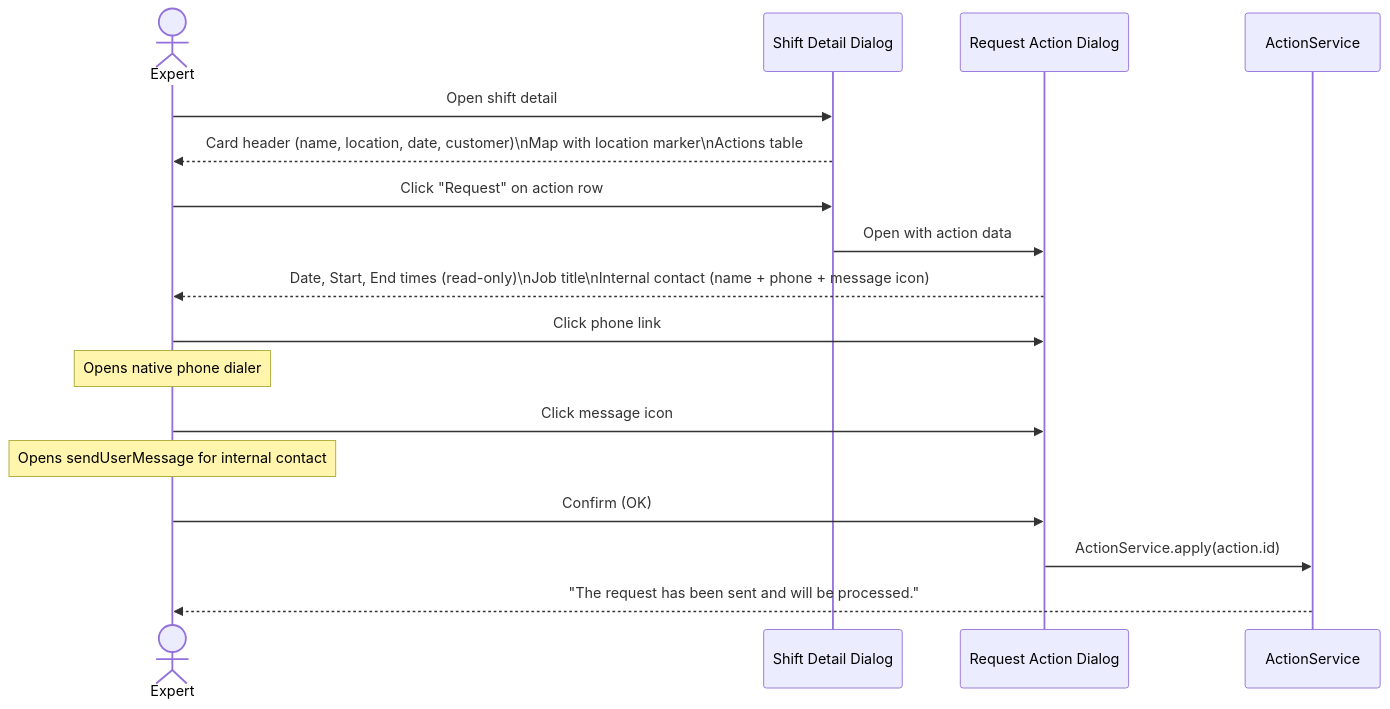
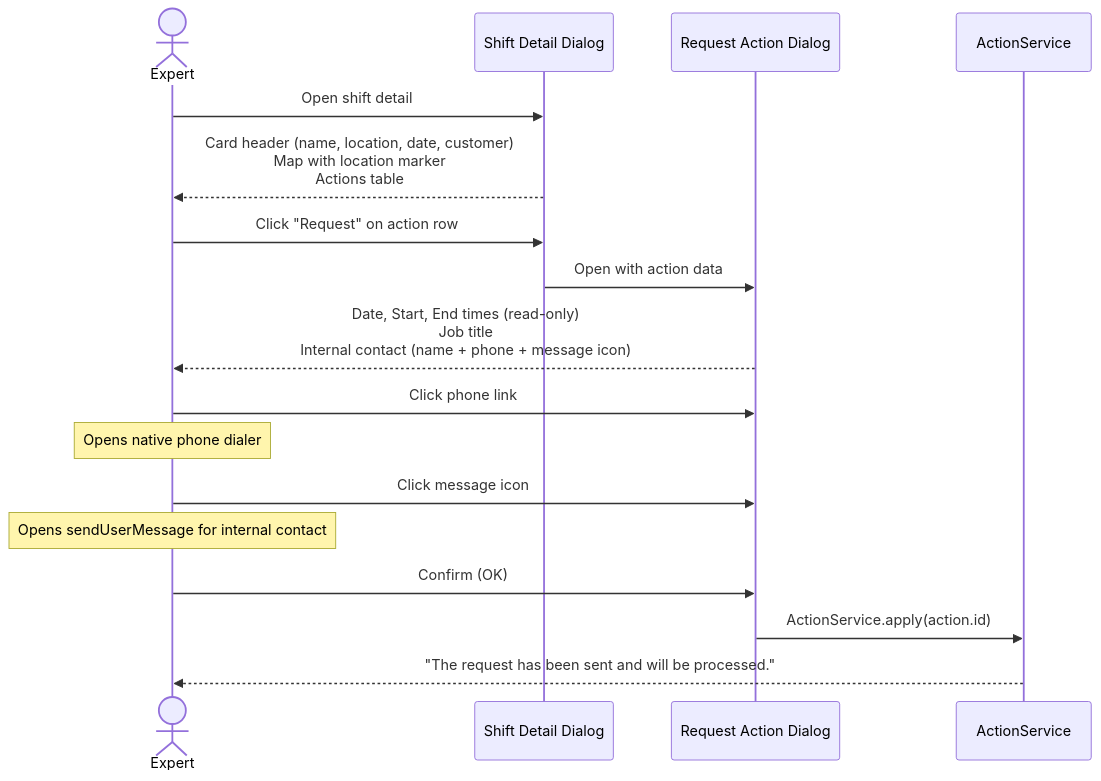
One commit to RaphaelBossek/BearStudio-start-ui-web changed the tenth of 12 diagrams in specs/wireframes/planning/workflows.md. Above: the diagram before and after it, drawn with Mermaid. The commit also changed other lines of this file and 14 other files, not shown here.

First line of the commit message:
fix(mermaid): replace \n with <br> for proper line breaks

````diff
--- a/specs/wireframes/planning/workflows.md
+++ b/specs/wireframes/planning/workflows.md
@@ -472,25 +472,25 @@
 ```mermaid
 sequenceDiagram
     actor Expert
     participant ShiftDlg as Shift Detail Dialog
     participant RequestDlg as Request Action Dialog
     participant Server as ActionService
 
     Expert->>ShiftDlg: Open shift detail
-    ShiftDlg-->>Expert: Card header (name, location, date, customer)\nMap with location marker\nActions table
+    ShiftDlg-->>Expert: Card header (name, location, date, customer)<br>Map with location marker<br>Actions table
 
     Expert->>ShiftDlg: Click "Request" on action row
     ShiftDlg->>RequestDlg: Open with action data
 
-    RequestDlg-->>Expert: Date, Start, End times (read-only)\nJob title\nInternal contact (name + phone + message icon)
+    RequestDlg-->>Expert: Date, Start, End times (read-only)<br>Job title<br>Internal contact (name + phone + message icon)
 
     Expert->>RequestDlg: Click phone link
     Note over Expert: Opens native phone dialer
 
     Expert->>RequestDlg: Click message icon
     Note over Expert: Opens sendUserMessage for internal contact
 
     Expert->>RequestDlg: Confirm (OK)
     RequestDlg->>Server: ActionService.apply(action.id)
     Server-->>Expert: "The request has been sent and will be processed."
 ```
````
